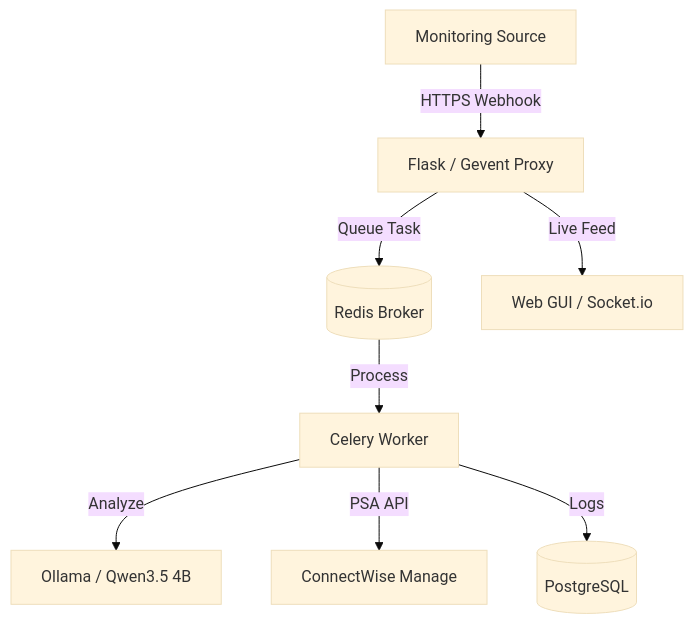
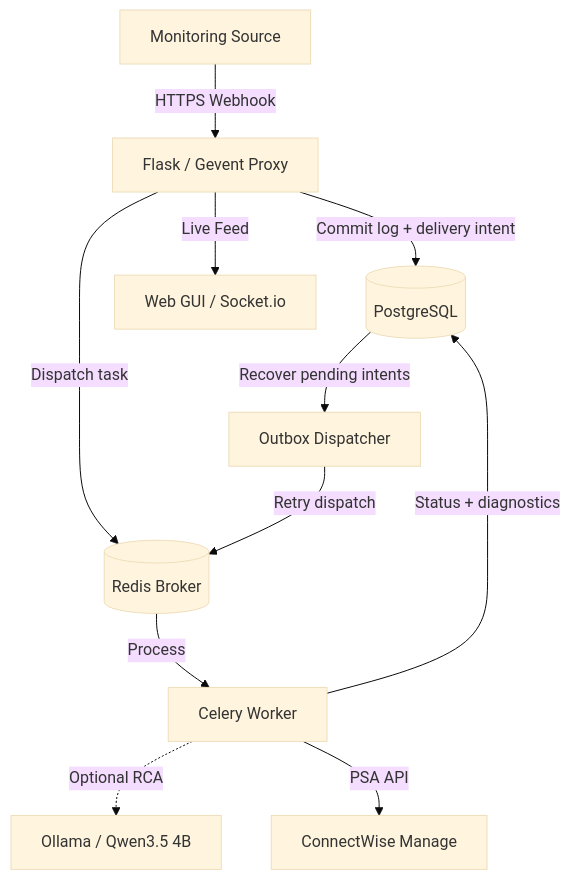
The first of 4 diagrams in README.md (arumes31/hookwise), drawn with Mermaid (base theme) before and after one commit. The commit also changed other lines of this file, not shown here.

````diff
--- a/README.md
+++ b/README.md
@@ -39,10 +69,13 @@
 ```mermaid
 graph TD
     Client[Monitoring Source] -->|HTTPS Webhook| Proxy[Flask / Gevent Proxy]
-    Proxy -->|Queue Task| Redis[(Redis Broker)]
+    Proxy -->|Commit log + delivery intent| DB[(PostgreSQL)]
+    Proxy -->|Dispatch task| Redis[(Redis Broker)]
+    DB -->|Recover pending intents| Outbox[Outbox Dispatcher]
+    Outbox -->|Retry dispatch| Redis
     Redis -->|Process| Worker[Celery Worker]
-    Worker -->|Analyze| AI[Ollama / Qwen3.5 4B]
+    Worker -.->|Optional RCA| AI[Ollama / Qwen3.5 4B]
     Worker -->|PSA API| CW[ConnectWise Manage]
-    Worker -->|Logs| DB[(PostgreSQL)]
+    Worker -->|Status + diagnostics| DB
     Proxy -->|Live Feed| GUI[Web GUI / Socket.io]
 ```
````
